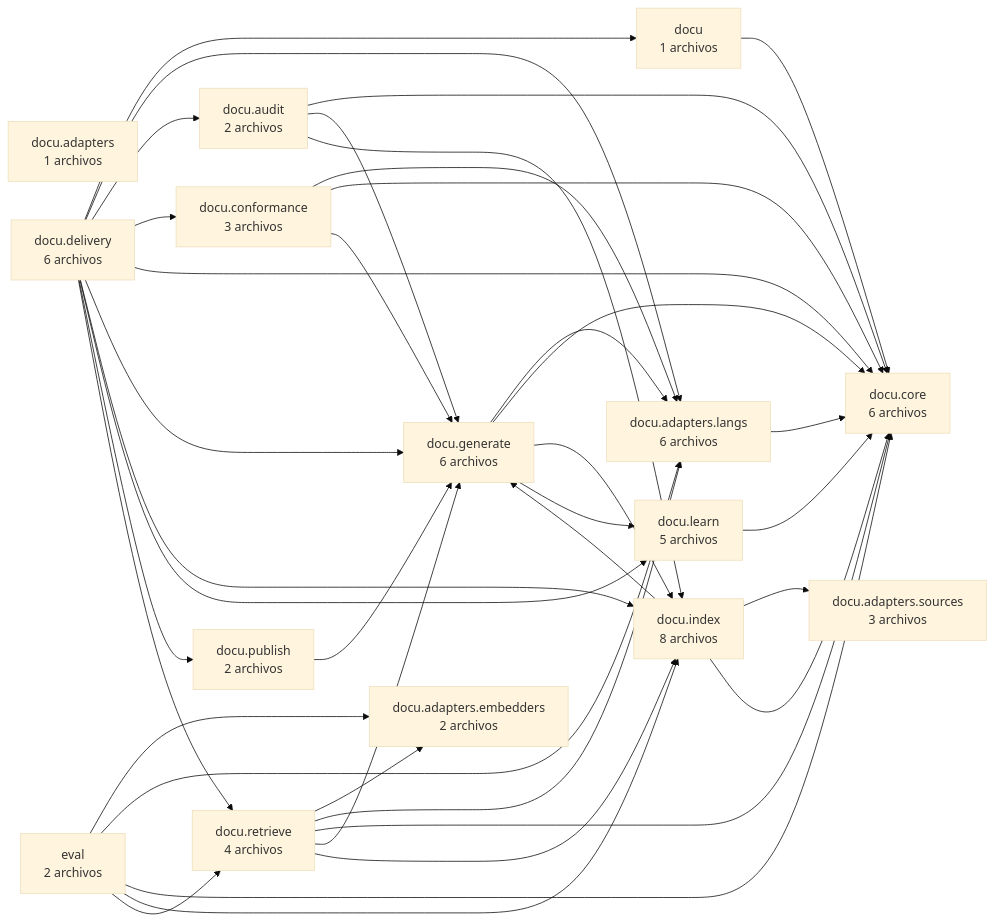
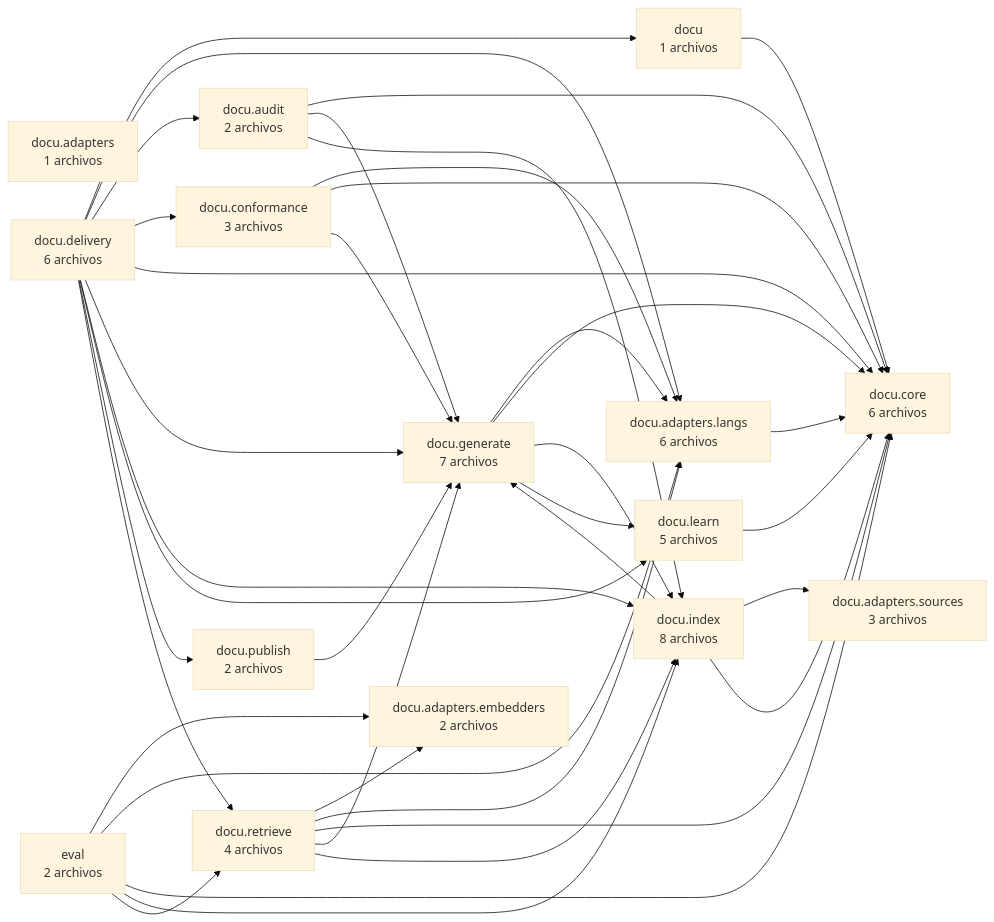
The first of 5 diagrams in docs/generated/l1-manual-tecnico.md (CharlyZeta/Docu), drawn with Mermaid (base theme) before and after one commit. The commit also changed other lines of this file and 17 other files, not shown here.

````diff
--- a/docs/generated/l1-manual-tecnico.md
+++ b/docs/generated/l1-manual-tecnico.md
@@ -41,55 +111,55 @@
 ```mermaid
 flowchart LR
     docu["docu<br/>1 archivos"]
     docu_adapters["docu.adapters<br/>1 archivos"]
     docu_adapters_embedders["docu.adapters.embedders<br/>2 archivos"]
     docu_adapters_langs["docu.adapters.langs<br/>6 archivos"]
     docu_adapters_sources["docu.adapters.sources<br/>3 archivos"]
     docu_audit["docu.audit<br/>2 archivos"]
     docu_conformance["docu.conformance<br/>3 archivos"]
     docu_core["docu.core<br/>6 archivos"]
     docu_delivery["docu.delivery<br/>6 archivos"]
-    docu_generate["docu.generate<br/>6 archivos"]
+    docu_generate["docu.generate<br/>7 archivos"]
     docu_index["docu.index<br/>8 archivos"]
     docu_learn["docu.learn<br/>5 archivos"]
     docu_publish["docu.publish<br/>2 archivos"]
     docu_retrieve["docu.retrieve<br/>4 archivos"]
     eval["eval<br/>2 archivos"]
     docu --> docu_core
     docu_adapters_langs --> docu_core
     docu_audit --> docu_core
     docu_audit --> docu_generate
     docu_audit --> docu_index
     docu_conformance --> docu_adapters_langs
     docu_conformance --> docu_core
     docu_conformance --> docu_generate
     docu_delivery --> docu
     docu_delivery --> docu_adapters_langs
     docu_delivery --> docu_audit
     docu_delivery --> docu_conformance
     docu_delivery --> docu_core
     docu_delivery --> docu_generate
     docu_delivery --> docu_index
     docu_delivery --> docu_learn
     docu_delivery --> docu_publish
     docu_delivery --> docu_retrieve
     docu_generate --> docu_adapters_langs
     docu_generate --> docu_core
     docu_generate --> docu_index
     docu_generate --> docu_learn
     docu_index --> docu_adapters_sources
     docu_index --> docu_core
     docu_index --> docu_generate
     docu_learn --> docu_core
     docu_publish --> docu_generate
     docu_retrieve --> docu_adapters_embedders
     docu_retrieve --> docu_adapters_langs
     docu_retrieve --> docu_core
     docu_retrieve --> docu_generate
     docu_retrieve --> docu_index
     eval --> docu_adapters_embedders
     eval --> docu_adapters_langs
     eval --> docu_core
     eval --> docu_index
     eval --> docu_retrieve
 ```
````
